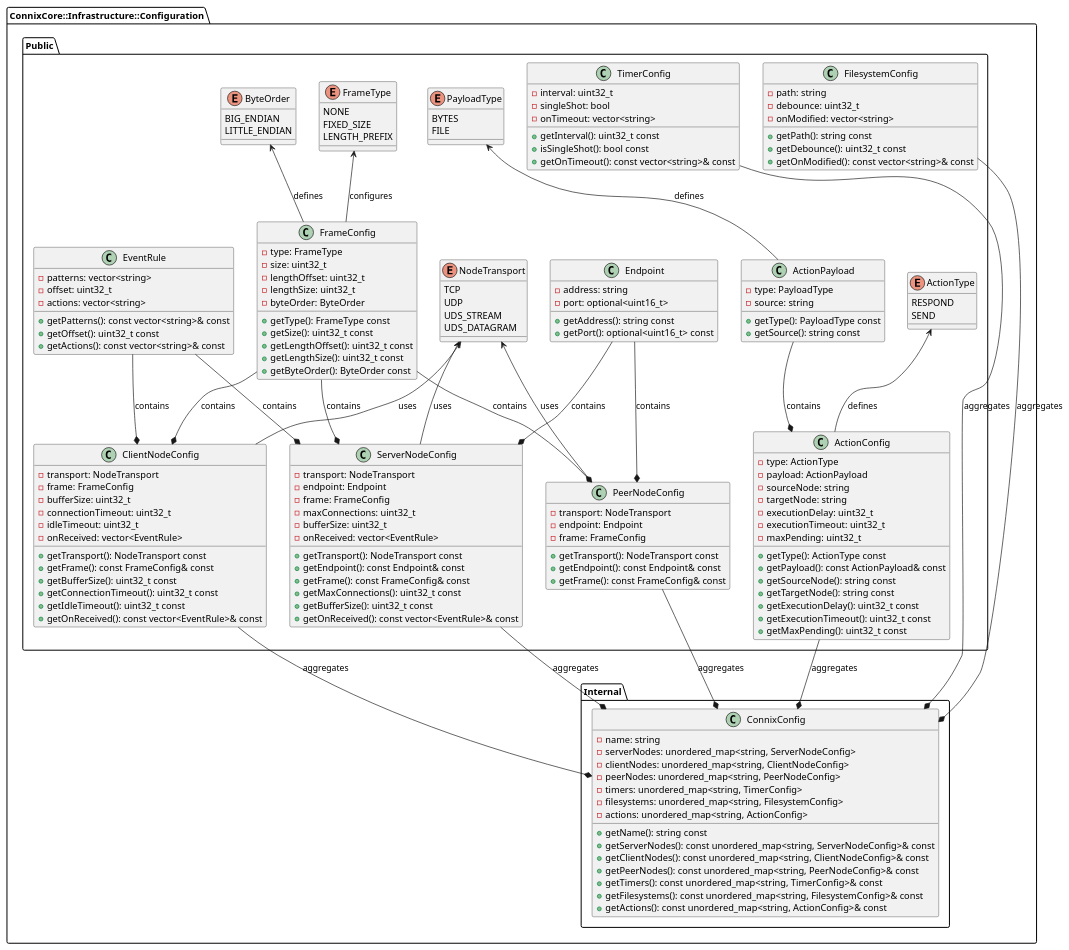
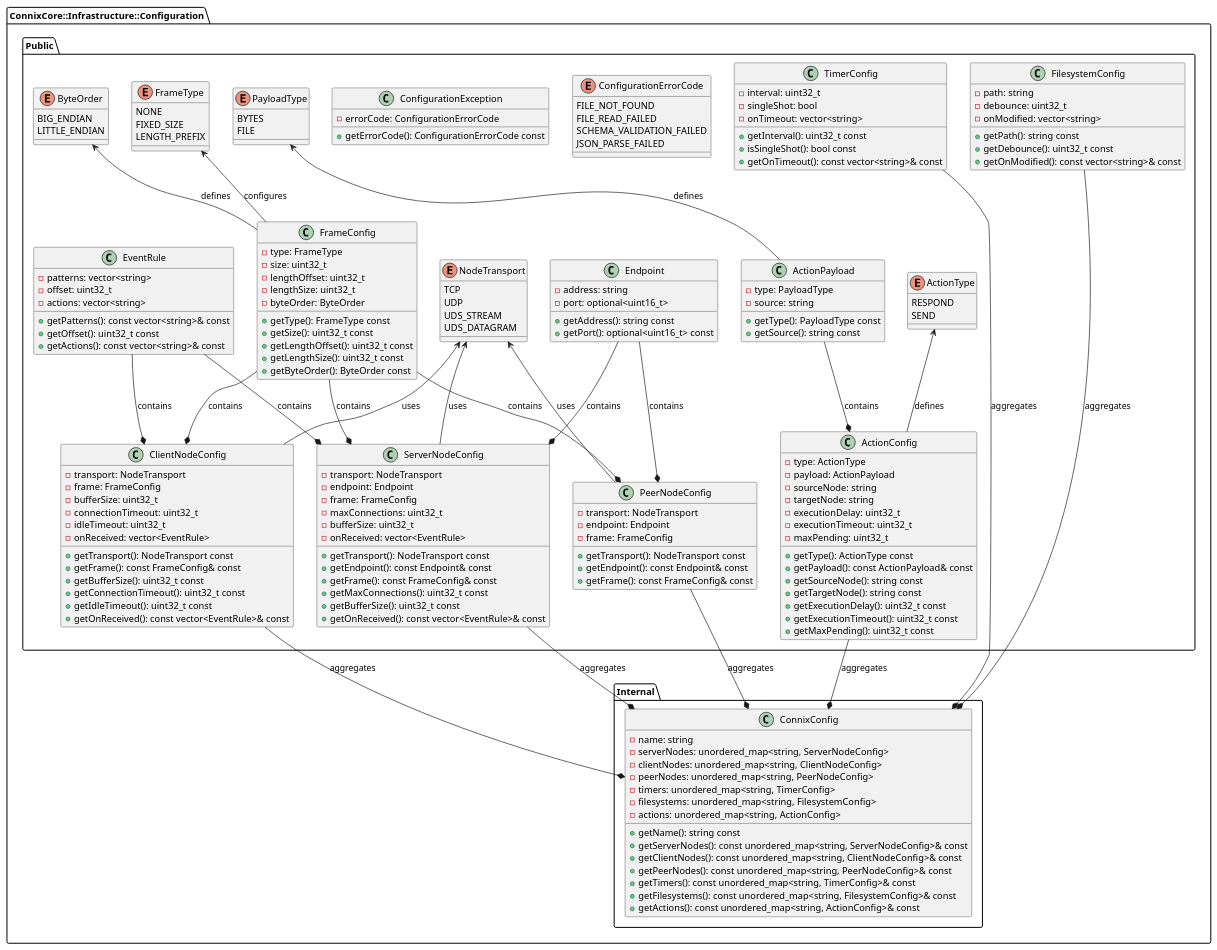
The diagram in connix/connix-core/infrastructure/configuration/dd/data_structures.puml (nghdang/connix), drawn with PlantUML before and after one commit. The commit also changed 6 other files, not shown here.

```diff
--- a/connix/connix-core/infrastructure/configuration/dd/data_structures.puml
+++ b/connix/connix-core/infrastructure/configuration/dd/data_structures.puml
@@ -25,6 +25,18 @@
     enum ActionType {
         RESPOND
         SEND
+    }
+
+    enum ConfigurationErrorCode {
+        FILE_NOT_FOUND
+        FILE_READ_FAILED
+        SCHEMA_VALIDATION_FAILED
+        JSON_PARSE_FAILED
+    }
+
+    class ConfigurationException {
+        - errorCode: ConfigurationErrorCode
+        + getErrorCode(): ConfigurationErrorCode const
     }
 
     class Endpoint {
```
